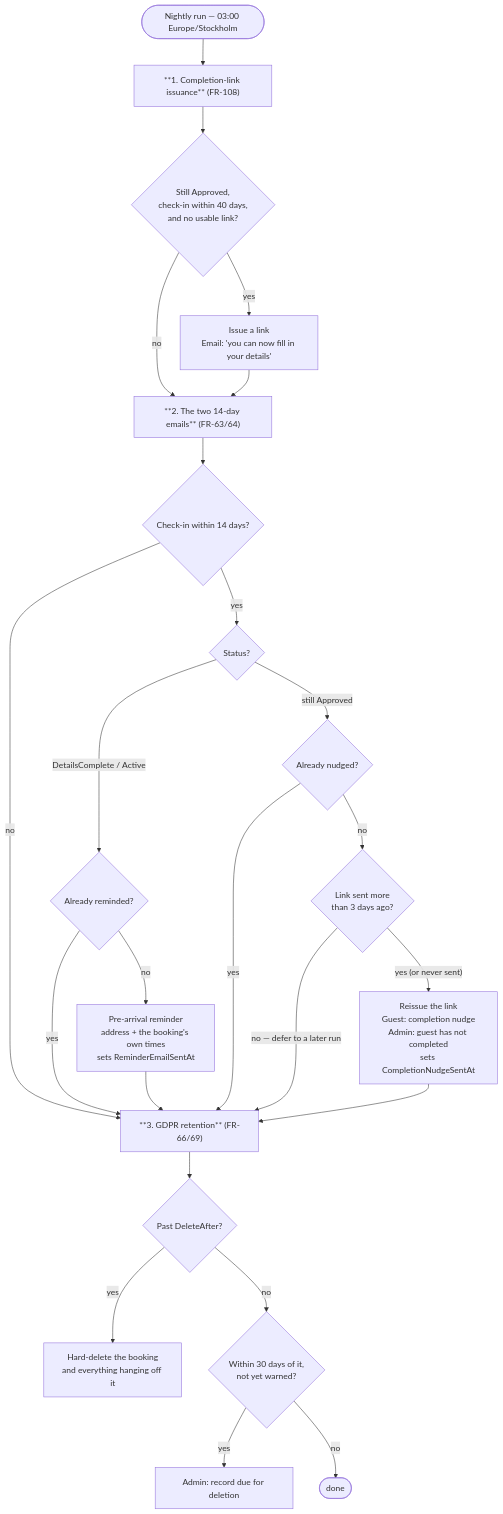
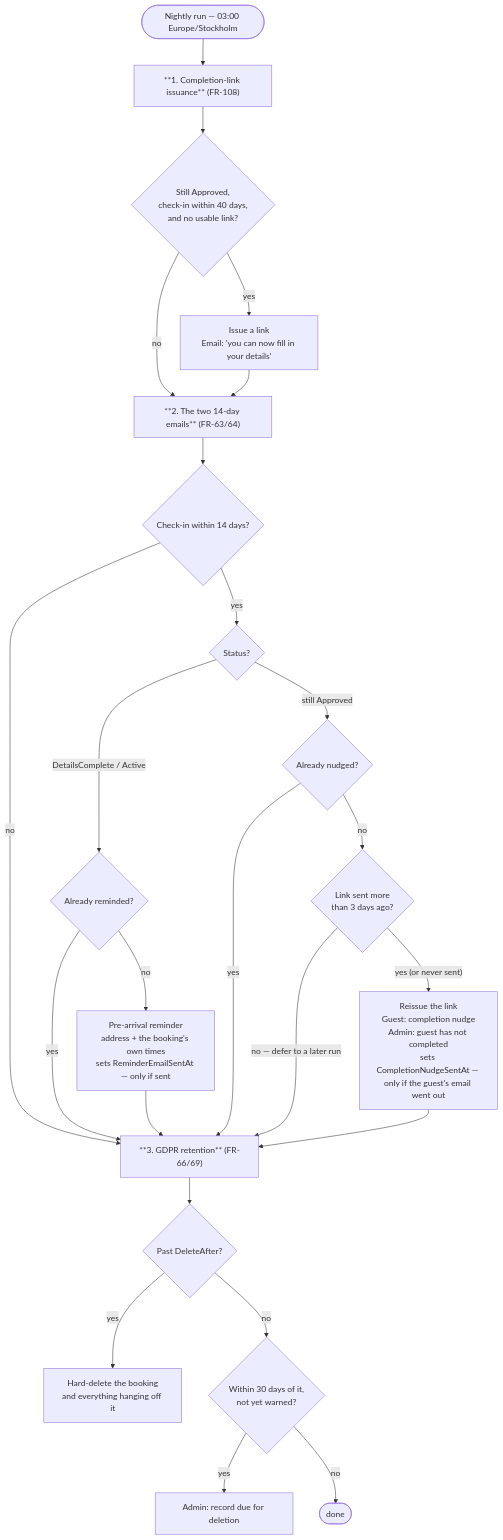
Before and after one commit to eliya-amanoeel/akerogarden: the second of 4 diagrams in docs/product/booking-lifecycle-timeline.md, drawn with Mermaid. The commit also changed other lines of this file and 9 other files, not shown here.

````diff
--- a/docs/product/booking-lifecycle-timeline.md
+++ b/docs/product/booking-lifecycle-timeline.md
@@ -92,28 +92,28 @@
 ```mermaid
 flowchart TD
     N(["Nightly run — 03:00 Europe/Stockholm"]) --> J1
 
     J1["**1. Completion-link issuance** (FR-108)"] --> Q1{"Still Approved,<br/>check-in within 40 days,<br/>and no usable link?"}
     Q1 -->|"no"| J2
     Q1 -->|"yes"| A1["Issue a link<br/>Email: 'you can now fill in your details'"] --> J2
 
     J2["**2. The two 14-day emails** (FR-63/64)"] --> Q2{"Check-in within 14 days?"}
     Q2 -->|"no"| J3
     Q2 -->|"yes"| Q3{"Status?"}
 
     Q3 -->|"DetailsComplete / Active"| Q4{"Already reminded?"}
     Q4 -->|"yes"| J3
-    Q4 -->|"no"| A2["Pre-arrival reminder<br/>address + the booking's own times<br/>sets ReminderEmailSentAt"] --> J3
+    Q4 -->|"no"| A2["Pre-arrival reminder<br/>address + the booking's own times<br/>sets ReminderEmailSentAt — only if sent"] --> J3
 
     Q3 -->|"still Approved"| Q5{"Already nudged?"}
     Q5 -->|"yes"| J3
     Q5 -->|"no"| Q6{"Link sent more<br/>than 3 days ago?"}
     Q6 -->|"no — defer to a later run"| J3
-    Q6 -->|"yes (or never sent)"| A3["Reissue the link<br/>Guest: completion nudge<br/>Admin: guest has not completed<br/>sets CompletionNudgeSentAt"] --> J3
+    Q6 -->|"yes (or never sent)"| A3["Reissue the link<br/>Guest: completion nudge<br/>Admin: guest has not completed<br/>sets CompletionNudgeSentAt — only if the guest's email went out"] --> J3
 
     J3["**3. GDPR retention** (FR-66/69)"] --> Q7{"Past DeleteAfter?"}
     Q7 -->|"yes"| A4["Hard-delete the booking<br/>and everything hanging off it"]
     Q7 -->|"no"| Q8{"Within 30 days of it,<br/>not yet warned?"}
     Q8 -->|"yes"| A5["Admin: record due for deletion"]
     Q8 -->|"no"| E(["done"])
 ```
````
